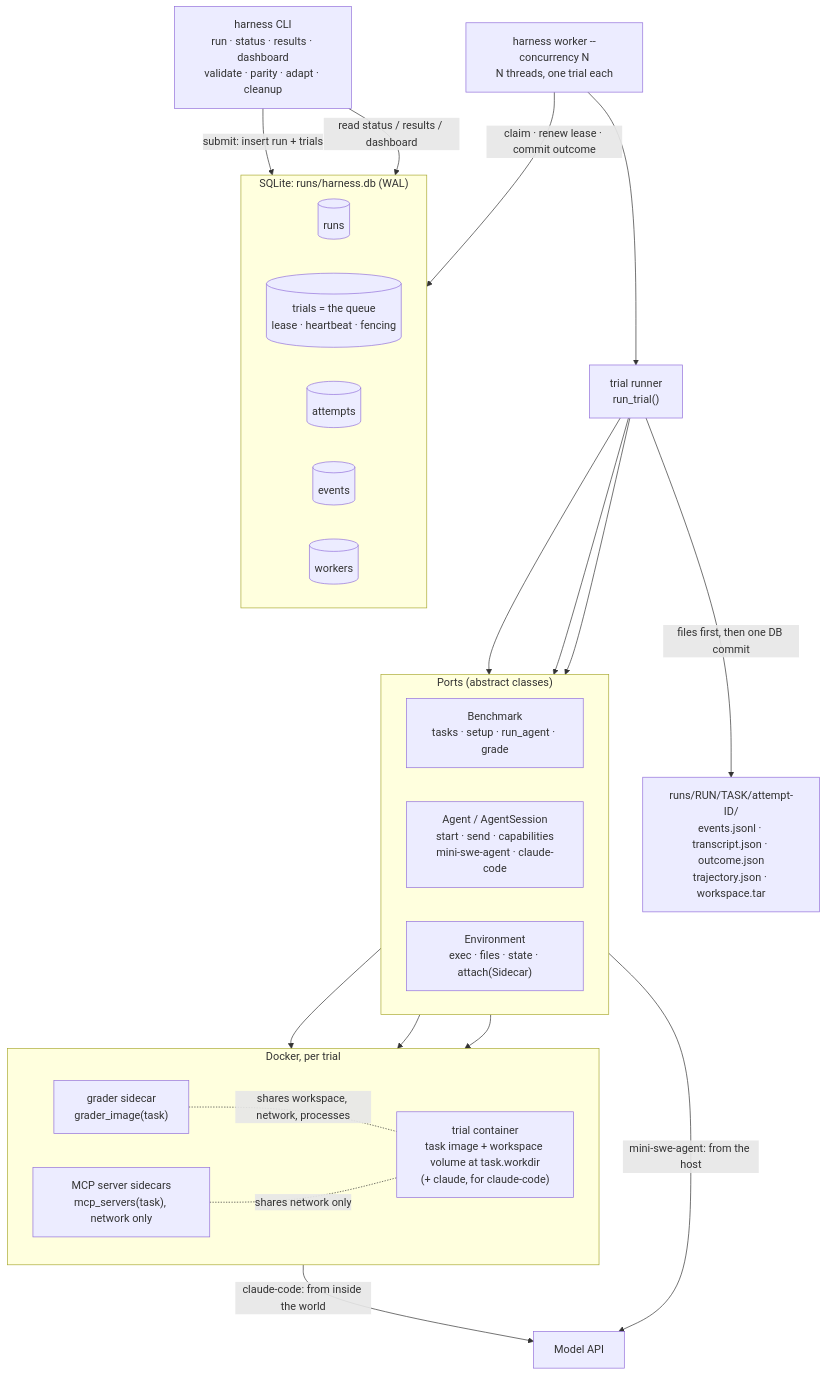
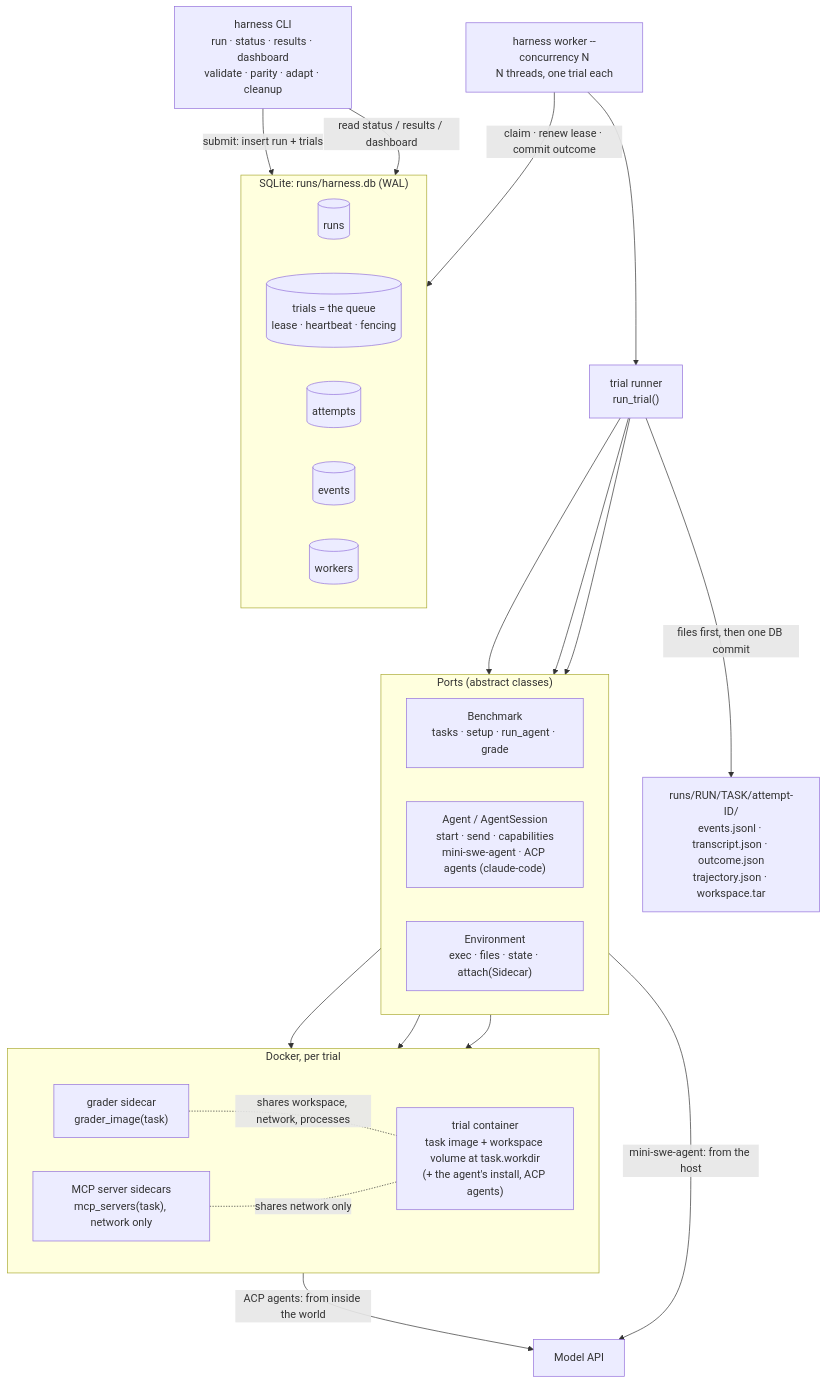
Before and after one commit to cindehaa/agentic-harness: the diagram in README.md, drawn with Mermaid. The commit also changed other lines of this file and 1 other file, not shown here.

Commit message:
README + diagram: agents over ACP (any ACP agent runs as data; a private agent's .toml definition with every key; limits; acp.jsonl), Claude Code through ACP results, layout, known gaps (no step limit, errors by message, cost only as reported)

````diff
--- a/README.md
+++ b/README.md
@@ -210,49 +211,49 @@
 ```mermaid
 flowchart TB
   cli["harness CLI<br/>run · status · results · dashboard<br/>validate · parity · adapt · cleanup"]
   worker["harness worker --concurrency N<br/>N threads, one trial each"]
 
   subgraph db["SQLite: runs/harness.db (WAL)"]
     direction LR
     truns[("runs")]
     ttrials[("trials = the queue<br/>lease · heartbeat · fencing")]
     tattempts[("attempts")]
     tevents[("events")]
     tworkers[("workers")]
   end
 
   runner["trial runner<br/>run_trial()"]
 
   subgraph ports["Ports (abstract classes)"]
     direction LR
     bench["Benchmark<br/>tasks · setup · run_agent · grade"]
-    agent["Agent / AgentSession<br/>start · send · capabilities<br/>mini-swe-agent · claude-code"]
+    agent["Agent / AgentSession<br/>start · send · capabilities<br/>mini-swe-agent · ACP agents (claude-code)"]
     env["Environment<br/>exec · files · state · attach(Sidecar)"]
   end
 
   subgraph docker["Docker, per trial"]
     direction LR
-    trial["trial container<br/>task image + workspace volume at task.workdir<br/>(+ claude, for claude-code)"]
+    trial["trial container<br/>task image + workspace volume at task.workdir<br/>(+ the agent's install, ACP agents)"]
     grader["grader sidecar<br/>grader_image(task)"]
     mcp["MCP server sidecars<br/>mcp_servers(task), network only"]
   end
 
   files["runs/RUN/TASK/attempt-ID/<br/>events.jsonl · transcript.json · outcome.json<br/>trajectory.json · workspace.tar"]
   llm["Model API"]
 
   cli -->|"submit: insert run + trials"| db
   cli -->|"read status / results / dashboard"| db
   worker -->|"claim · renew lease · commit outcome"| db
   worker --> runner
   runner --> bench
   runner --> agent
   runner --> env
   agent -->|"mini-swe-agent: from the host"| llm
-  trial -->|"claude-code: from inside the world"| llm
+  trial -->|"ACP agents: from inside the world"| llm
   env --> trial
   env --> grader
   env --> mcp
   grader -.-|"shares workspace, network, processes"| trial
   mcp -.-|"shares network only"| trial
   runner -->|"files first, then one DB commit"| files
 ```
````
